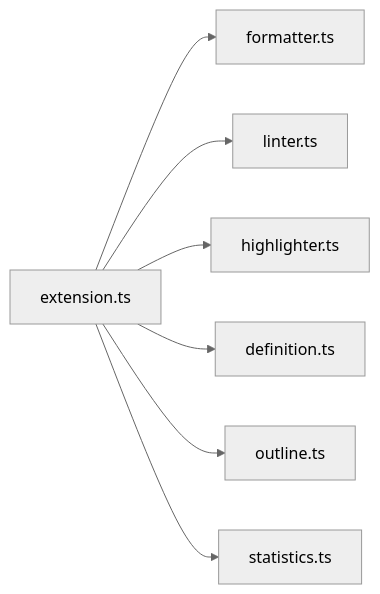
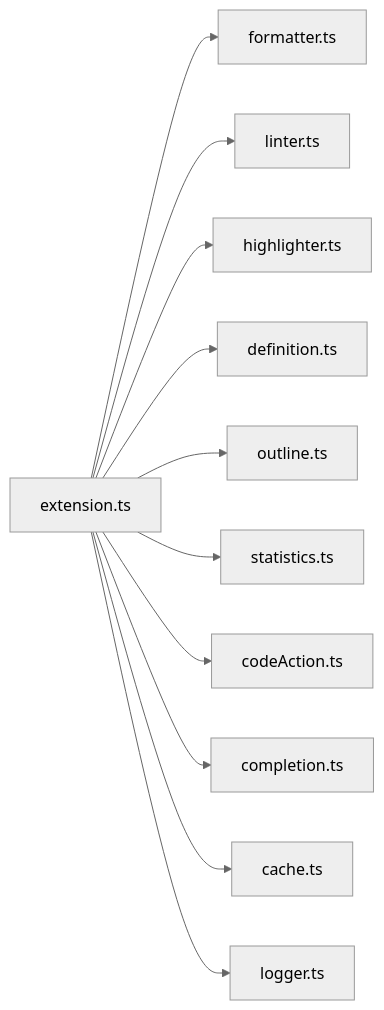
One commit to carlos-camara/vscode-gherkin-powertools changed the first of 3 diagrams in docs/ARCHITECTURE.md. Above: the diagram before and after it, drawn with Mermaid (neutral theme). The commit also changed other lines of this file and 4 other files, not shown here.

````diff
--- a/docs/ARCHITECTURE.md
+++ b/docs/ARCHITECTURE.md
@@ -11,9 +11,13 @@
 ```mermaid
 graph LR
     A[extension.ts] --> B[formatter.ts]
     A --> C[linter.ts]
     A --> D[highlighter.ts]
     A --> E[definition.ts]
     A --> F[outline.ts]
     A --> G[statistics.ts]
+    A --> H[codeAction.ts]
+    A --> I[completion.ts]
+    A --> J[cache.ts]
+    A --> K[logger.ts]
 ```
````
